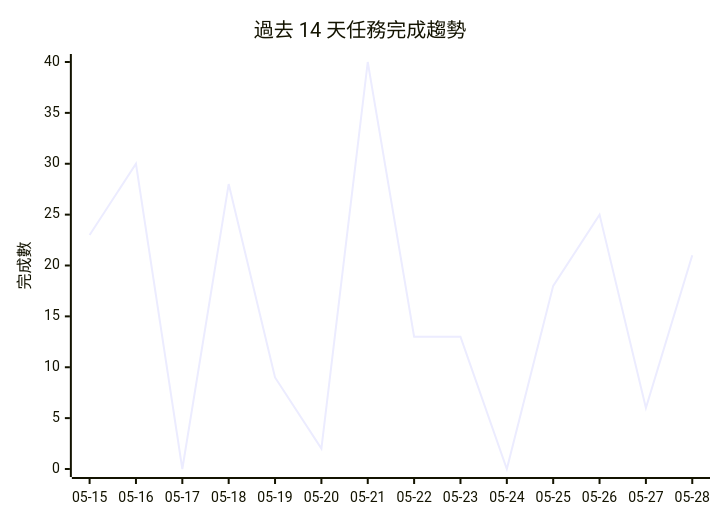
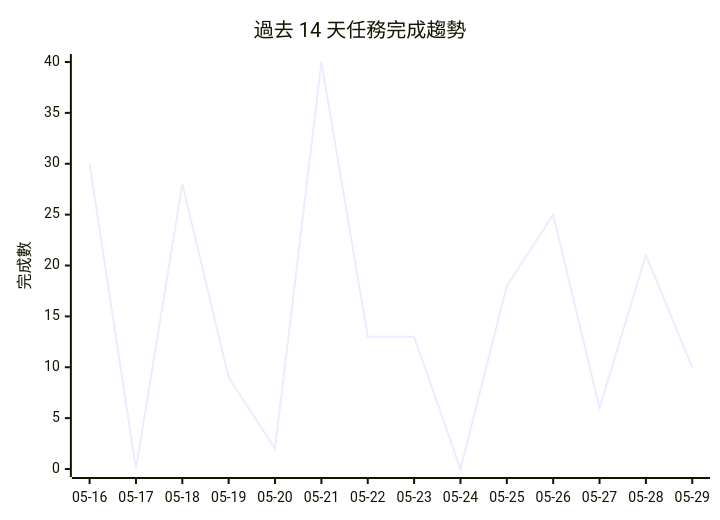
The diagram in README.md (openclawchen8-lgtm/openclawchen8-lgtm), drawn with Mermaid before and after one commit. The commit also changed other lines of this file, not shown here.

````diff
--- a/README.md
+++ b/README.md
@@ -156,7 +148,7 @@
 ```mermaid
 xychart-beta
     title "過去 14 天任務完成趨勢"
-    x-axis ["05-15", "05-16", "05-17", "05-18", "05-19", "05-20", "05-21", "05-22", "05-23", "05-24", "05-25", "05-26", "05-27", "05-28"]
+    x-axis ["05-16", "05-17", "05-18", "05-19", "05-20", "05-21", "05-22", "05-23", "05-24", "05-25", "05-26", "05-27", "05-28", "05-29"]
     y-axis "完成數" 0 --> 40
-    line [23, 30, 0, 28, 9, 2, 40, 13, 13, 0, 18, 25, 6, 21]
+    line [30, 0, 28, 9, 2, 40, 13, 13, 0, 18, 25, 6, 21, 10]
 ```
````
